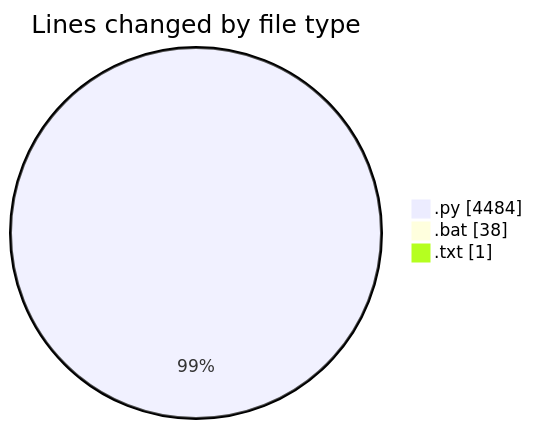
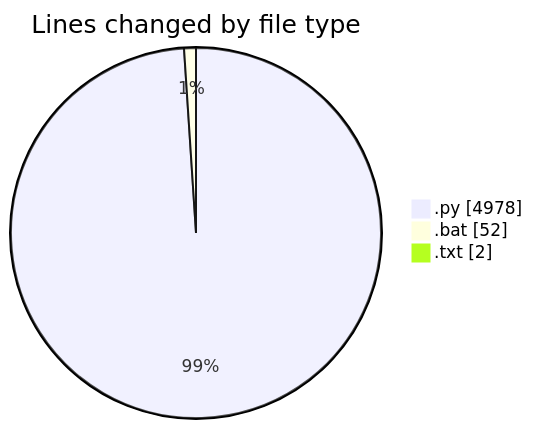
One commit to lephambinh05/code-tracking changed the first of 2 diagrams in 2025-07-21/reg/README.md. Above: the diagram before and after it, drawn with Mermaid. The commit also changed other lines of this file and 1 other file, not shown here.

````diff
--- a/2025-07-21/reg/README.md
+++ b/2025-07-21/reg/README.md
@@ -37,7 +40,7 @@
 ```mermaid
 pie showData
 title Lines changed by file type
-".py" : 4484
-".bat" : 38
-".txt" : 1
+".py" : 4978
+".bat" : 52
+".txt" : 2
 ```
````
